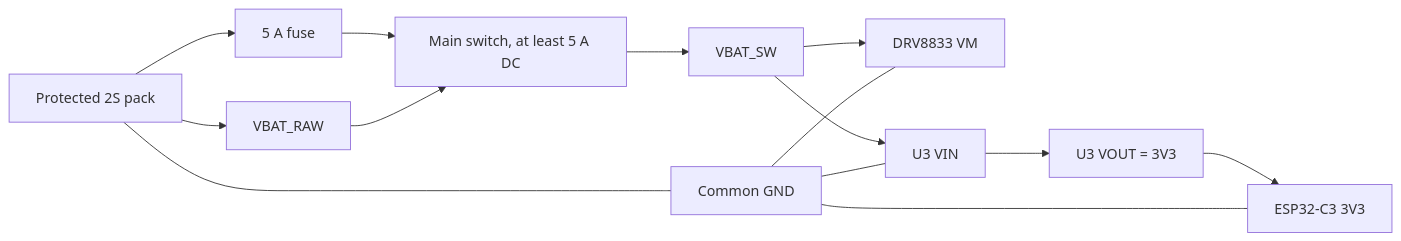
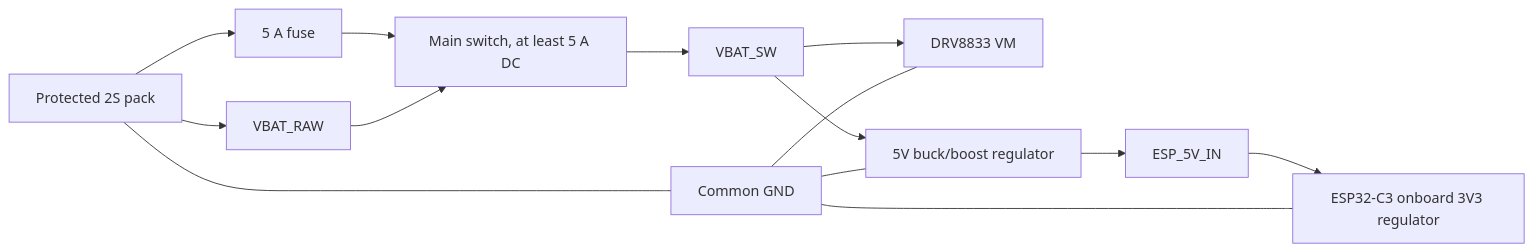
One commit to Hackerspace-drenthe/www.roboktober.nl changed the diagram in electronics/schema/electrical-design-v2-2s.md. Above: the diagram before and after it, drawn with Mermaid. The commit also changed other lines of this file and 208 other files, not shown here.

Commit message:
Align Wallie design notes with 1S default power architecture

````diff
--- a/electronics/schema/electrical-design-v2-2s.md
+++ b/electronics/schema/electrical-design-v2-2s.md
@@ -31,16 +32,16 @@
 ```mermaid
 flowchart LR
     BAT[Protected 2S pack] --> F1[5 A fuse]
     BAT --> RAW[VBAT_RAW]
     F1 --> SW[Main switch, at least 5 A DC]
     RAW --> SW
     SW --> SWBAT[VBAT_SW]
     SWBAT --> VM[DRV8833 VM]
-    SWBAT --> U3[U3 VIN]
-    U3 --> V3[U3 VOUT = 3V3]
-    V3 --> ESP[ESP32-C3 3V3]
+    SWBAT --> REG[5V buck/boost regulator]
+    REG --> ESP5V[ESP_5V_IN]
+    ESP5V --> ESP[ESP32-C3 onboard 3V3 regulator]
     BAT --- GND[Common GND]
-    GND --- U3
+    GND --- REG
     GND --- VM
     GND --- ESP
 ```
````
